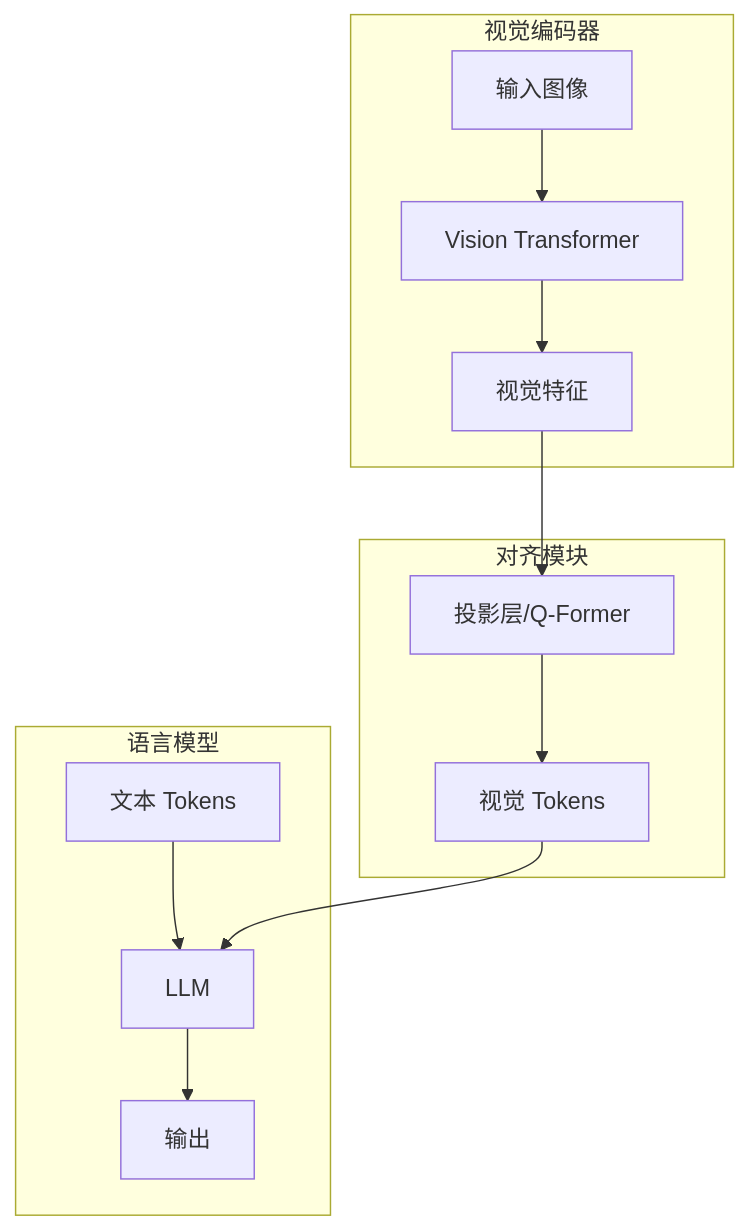
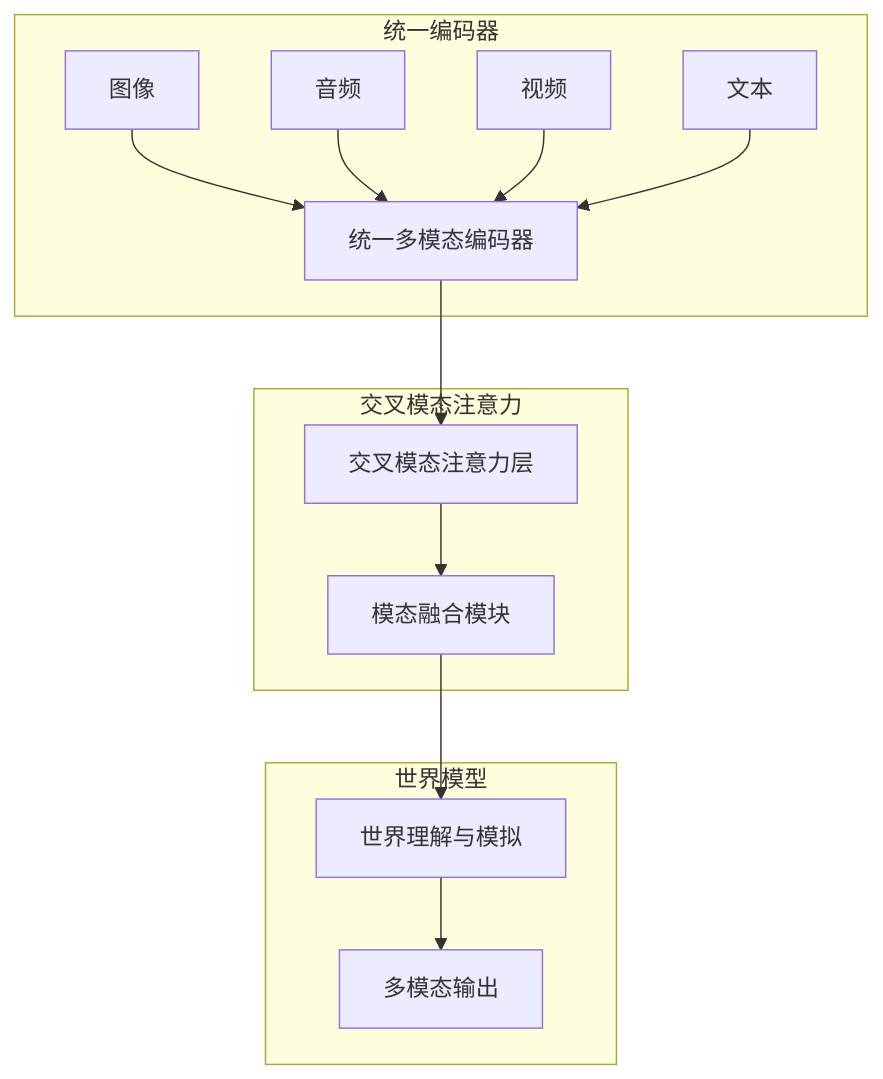
One commit to Xunzhuo/mini-sglang changed the second of 4 diagrams in learning/website/docs/basics/23-multimodal.md. Above: the diagram before and after it, drawn with Mermaid. The commit also changed other lines of this file and 5 other files, not shown here.

````diff
--- a/learning/website/docs/basics/23-multimodal.md
+++ b/learning/website/docs/basics/23-multimodal.md
@@ -55,18 +64,19 @@
 ```mermaid
 graph TB
-    subgraph 视觉编码器
-        Image[输入图像] --> ViT[Vision Transformer]
-        ViT --> VF[视觉特征]
+    subgraph 统一编码器
+        Image[图像] --> UniEnc[统一多模态编码器]
+        Audio[音频] --> UniEnc
+        Video[视频] --> UniEnc
+        Text[文本] --> UniEnc
     end
     
-    subgraph 对齐模块
-        VF --> Proj[投影层/Q-Former]
-        Proj --> VT[视觉 Tokens]
+    subgraph 交叉模态注意力
+        UniEnc --> CrossAttn[交叉模态注意力层]
+        CrossAttn --> Fusion[模态融合模块]
     end
     
-    subgraph 语言模型
-        Text[文本 Tokens] --> LLM[LLM]
-        VT --> LLM
-        LLM --> Output[输出]
+    subgraph 世界模型
+        Fusion --> WorldModel[世界理解与模拟]
+        WorldModel --> Output[多模态输出]
     end
 ```
````
